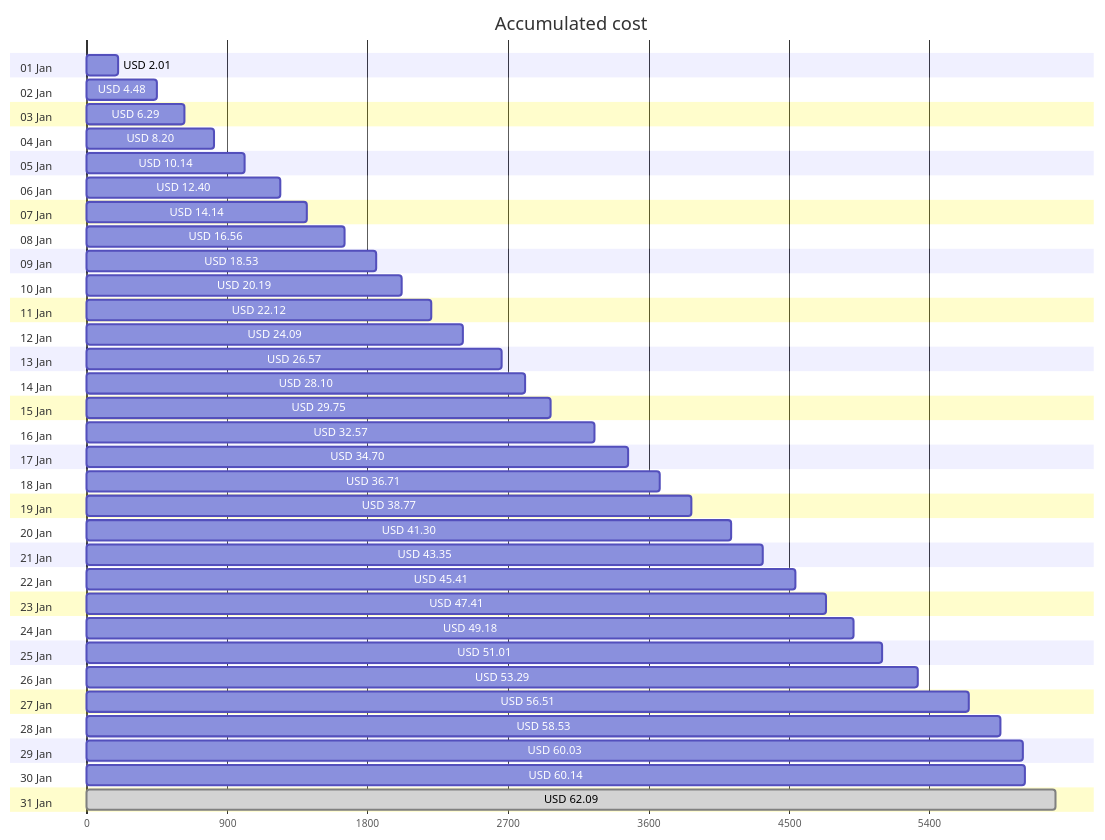
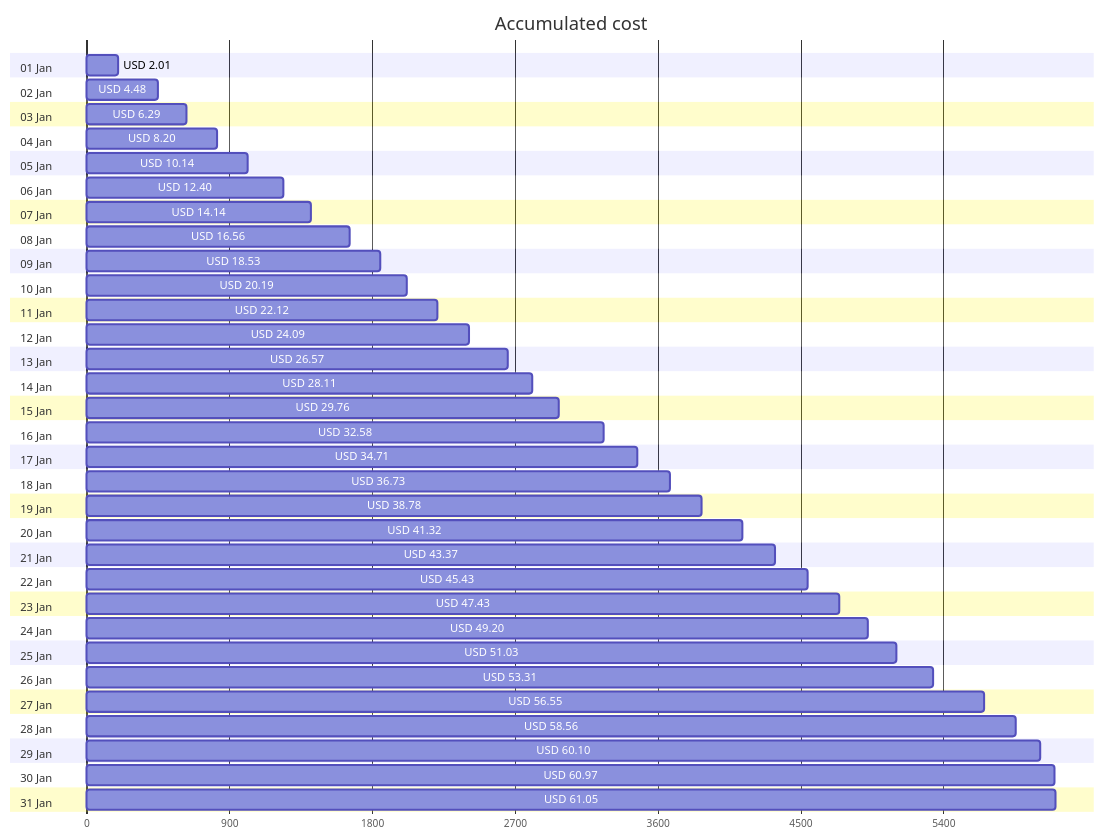
Before and after one commit to jpfulton/azure-personal-reports: the first of 4 diagrams in cost-reports/personal-network/README.md, drawn with Mermaid. The commit also changed other lines of this file and 8 other files, not shown here.

````diff
--- a/cost-reports/personal-network/README.md
+++ b/cost-reports/personal-network/README.md
@@ -20,68 +20,68 @@
 ```mermaid
 gantt
    title Accumulated cost
    dateFormat  X
    axisFormat %s
    section 01 Jan
    USD 2.01 :0, 201
    section 02 Jan
    USD 4.48 :0, 448
    section 03 Jan
    USD 6.29 :0, 629
    section 04 Jan
    USD 8.20 :0, 820
    section 05 Jan
    USD 10.14 :0, 1014
    section 06 Jan
    USD 12.40 :0, 1240
    section 07 Jan
    USD 14.14 :0, 1414
    section 08 Jan
    USD 16.56 :0, 1656
    section 09 Jan
    USD 18.53 :0, 1853
    section 10 Jan
    USD 20.19 :0, 2019
    section 11 Jan
    USD 22.12 :0, 2212
    section 12 Jan
    USD 24.09 :0, 2409
    section 13 Jan
    USD 26.57 :0, 2657
    section 14 Jan
-   USD 28.10 :0, 2810
+   USD 28.11 :0, 2811
    section 15 Jan
-   USD 29.75 :0, 2975
+   USD 29.76 :0, 2976
    section 16 Jan
-   USD 32.57 :0, 3257
+   USD 32.58 :0, 3258
    section 17 Jan
-   USD 34.70 :0, 3470
+   USD 34.71 :0, 3471
    section 18 Jan
-   USD 36.71 :0, 3671
+   USD 36.73 :0, 3673
    section 19 Jan
-   USD 38.77 :0, 3877
+   USD 38.78 :0, 3878
    section 20 Jan
-   USD 41.30 :0, 4130
+   USD 41.32 :0, 4132
    section 21 Jan
-   USD 43.35 :0, 4335
+   USD 43.37 :0, 4337
    section 22 Jan
-   USD 45.41 :0, 4541
+   USD 45.43 :0, 4543
    section 23 Jan
-   USD 47.41 :0, 4741
+   USD 47.43 :0, 4743
    section 24 Jan
-   USD 49.18 :0, 4918
+   USD 49.20 :0, 4920
    section 25 Jan
-   USD 51.01 :0, 5101
+   USD 51.03 :0, 5103
    section 26 Jan
-   USD 53.29 :0, 5329
+   USD 53.31 :0, 5331
    section 27 Jan
-   USD 56.51 :0, 5651
+   USD 56.55 :0, 5655
    section 28 Jan
-   USD 58.53 :0, 5853
+   USD 58.56 :0, 5856
    section 29 Jan
-   USD 60.03 :0, 6003
+   USD 60.10 :0, 6010
    section 30 Jan
-   USD 60.14 :0, 6014
+   USD 60.97 :0, 6097
    section 31 Jan
-   USD 62.09 : done, 0, 6209
+   USD 61.05 :0, 6105
 ```
````
